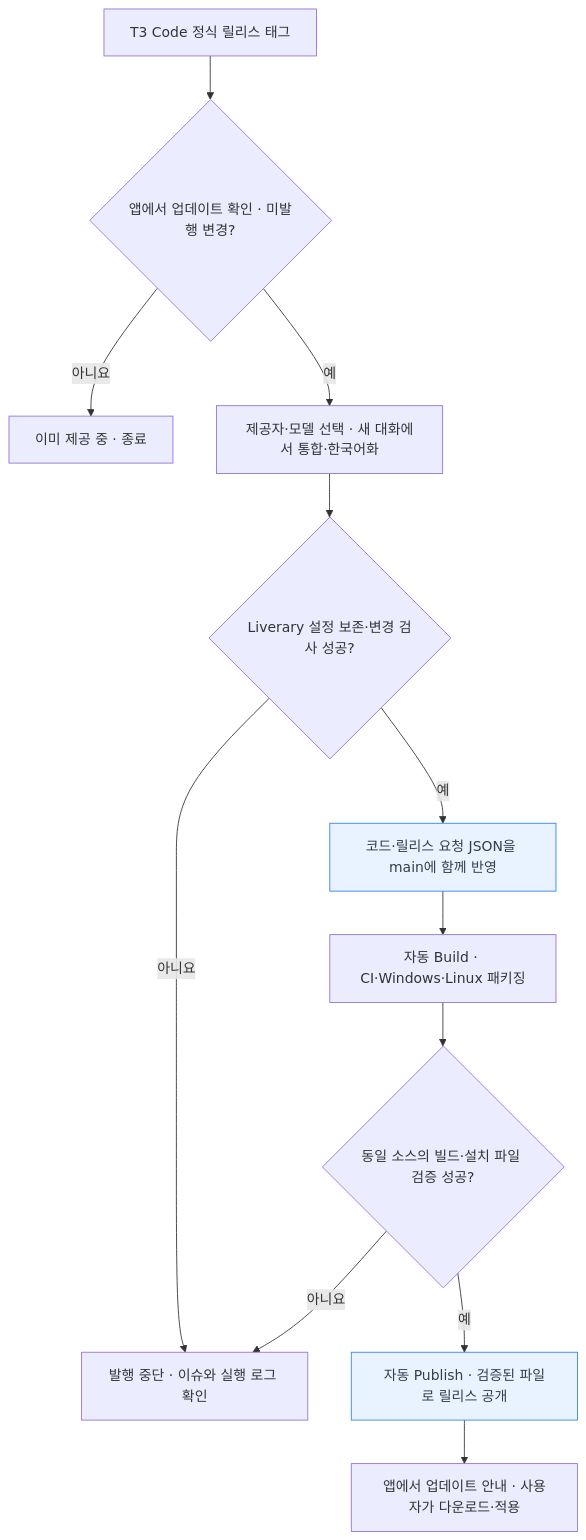
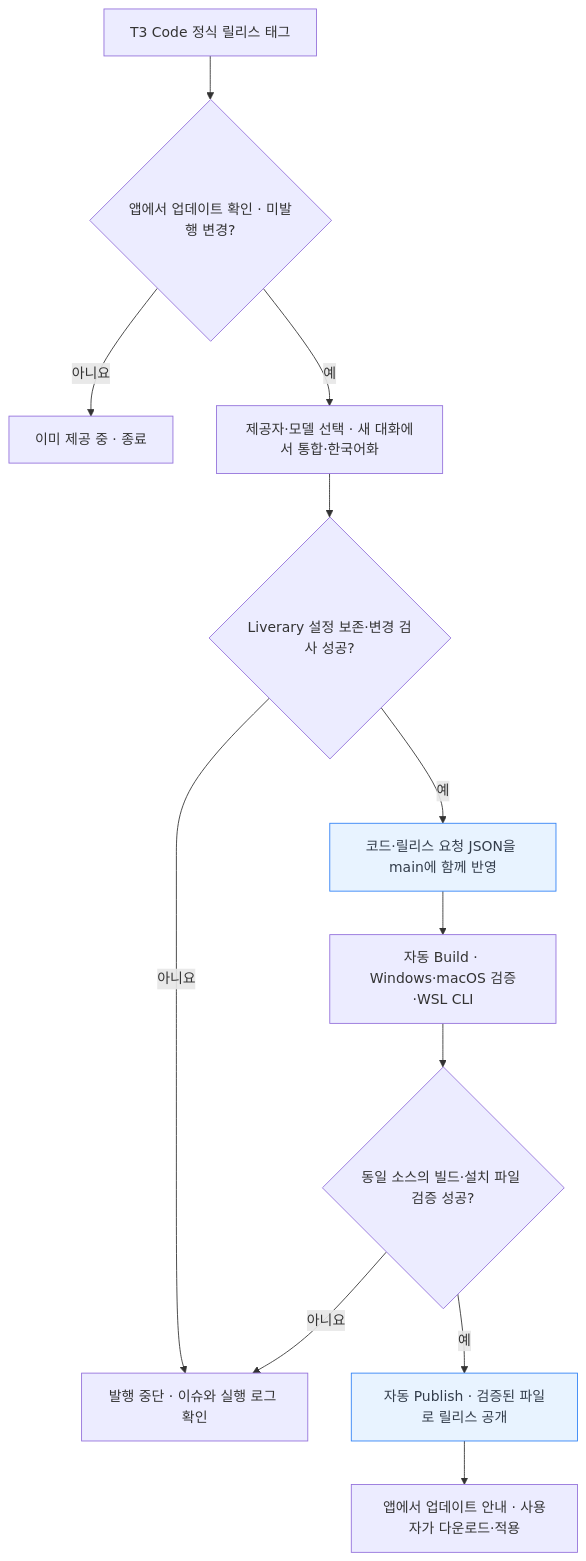
Before and after one commit to andongmin94/Liverary: the third of 3 diagrams in README.md, drawn with Mermaid. The commit also changed other lines of this file and 32 other files, not shown here.

````diff
--- a/README.md
+++ b/README.md
@@ -194,29 +196,29 @@
 ```mermaid
 flowchart TB
     upstreamRelease["T3 Code 정식 릴리스 태그"]
     upstreamCheck{"앱에서 업데이트 확인 · 미발행 변경?"}
     current["이미 제공 중 · 종료"]
     integrate["제공자·모델 선택 · 새 대화에서 통합·한국어화"]
     sourceGate{"Liverary 설정 보존·변경 검사 성공?"}
     mainCommit["코드·릴리스 요청 JSON을 main에 함께 반영"]
-    build["자동 Build · CI·Windows·Linux 패키징"]
+    build["자동 Build · Windows·macOS 검증·WSL CLI"]
     gate{"동일 소스의 빌드·설치 파일 검증 성공?"}
     blocked["발행 중단 · 이슈와 실행 로그 확인"]
     release["자동 Publish · 검증된 파일로 릴리스 공개"]
     installedApp["앱에서 업데이트 안내 · 사용자가 다운로드·적용"]
 
     upstreamRelease --> upstreamCheck
     upstreamCheck -->|"아니요"| current
     upstreamCheck -->|"예"| integrate
     integrate --> sourceGate
     sourceGate -->|"예"| mainCommit
     sourceGate -->|"아니요"| blocked
     mainCommit --> build
     build --> gate
     gate -->|"예"| release
     gate -->|"아니요"| blocked
     release --> installedApp
 
     classDef app fill:#e8f3ff,stroke:#3182f6,color:#333d4b
     class mainCommit,release app
 ```
````
